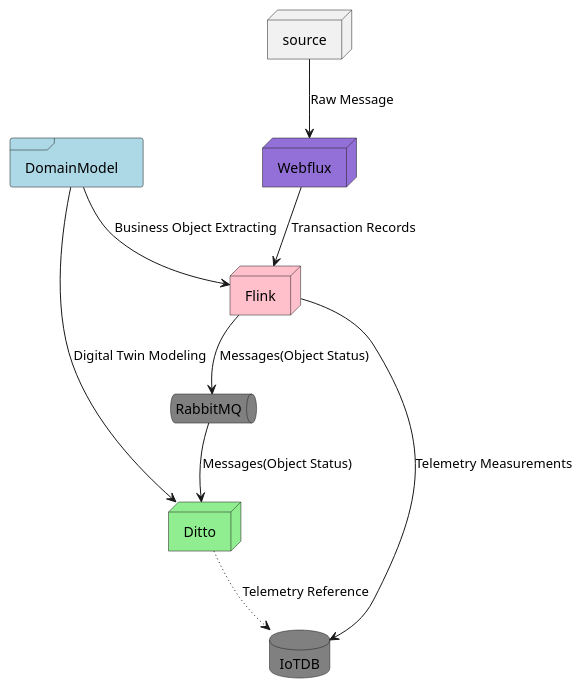
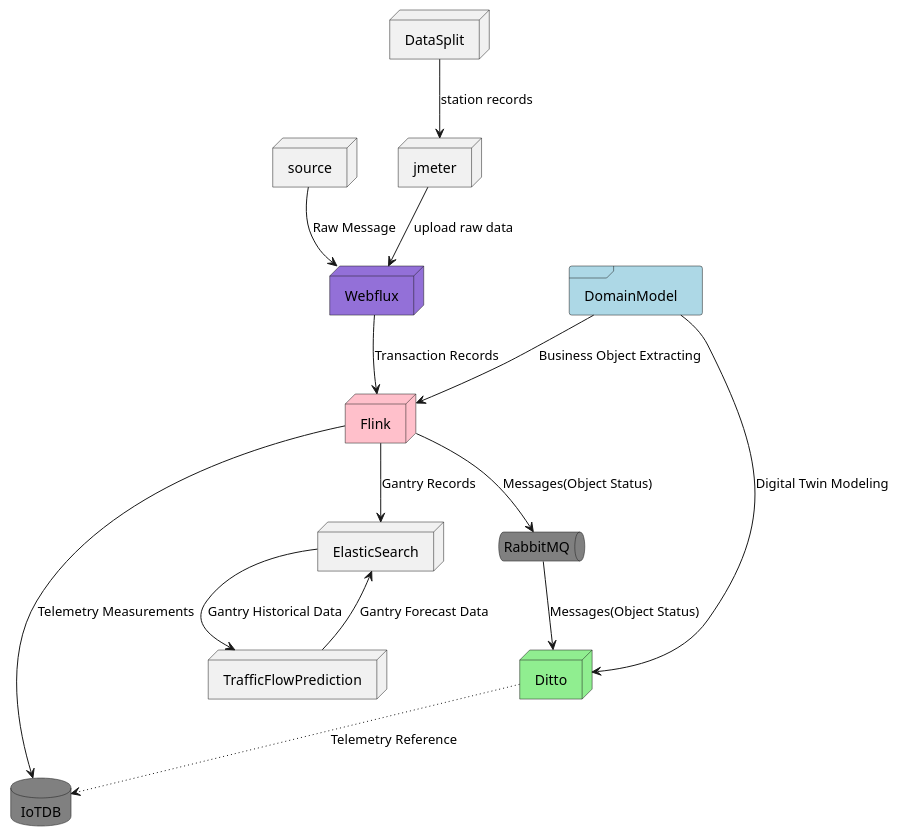
One commit to nemoworks/rodaki changed the diagram in docs/uml/deployment.pu. Above: the diagram before and after it, drawn with PlantUML. The commit also changed 96 other files, not shown here.

```diff
--- a/docs/uml/deployment.pu
+++ b/docs/uml/deployment.pu
@@ -1,29 +1,34 @@
 @startuml
 ' left to right direction
 top to bottom direction
 
 frame DomainModel #lightblue
 node source
+node jmeter
+node DataSplit
 node Webflux #mediumpurple
 
 node Flink #pink
+node ElasticSearch 
 database IoTDB #grey
 queue RabbitMQ #grey
 node Ditto #lightgreen
-
+node TrafficFlowPrediction
 
 DomainModel -[plain]-> Flink   :Business Object Extracting
 DomainModel --> Ditto   :Digital Twin Modeling
-
-
+DataSplit --> jmeter    :station records
+jmeter --> Webflux  :upload raw data
 
 source --> Webflux      :Raw Message
 Webflux --> Flink       :Transaction Records
 
 
 Flink --> RabbitMQ      :Messages(Object Status)
 Flink --> IoTDB         :Telemetry Measurements
-
+Flink --> ElasticSearch :Gantry Records
+ElasticSearch --> TrafficFlowPrediction :Gantry Historical Data
+TrafficFlowPrediction -->ElasticSearch  :Gantry Forecast Data
 RabbitMQ --> Ditto      :Messages(Object Status)
 Ditto -[dotted]-> IoTDB :Telemetry Reference
 @enduml
```
